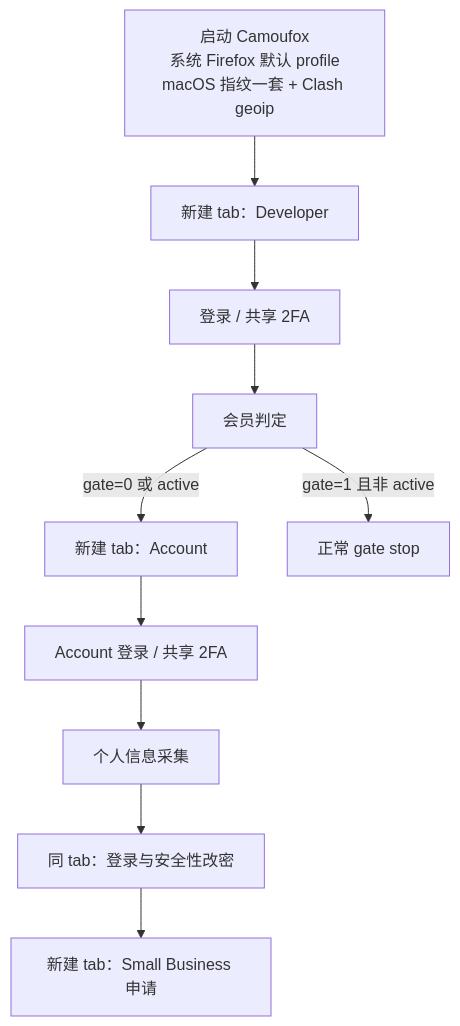
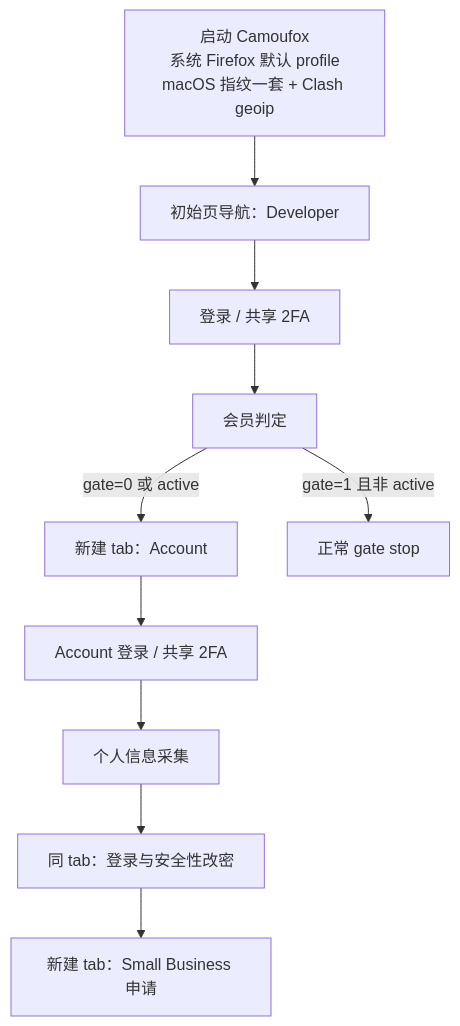
One commit to jiahaoyin/AutoMation changed the diagram in README.md. Above: the diagram before and after it, drawn with Mermaid. The commit also changed other lines of this file and 4 other files, not shown here.

First line of the commit message:
fix: resolve Camoufox multi-tab startup, page load, and connection issues

```diff
--- a/README.md
+++ b/README.md
@@ -16,12 +16,12 @@
 ~~~mermaid
 flowchart TD
-    A[启动 Camoufox<br/>系统 Firefox 默认 profile<br/>macOS 指纹一套 + Clash geoip] --> B[新建 tab：Developer]
+    A[启动 Camoufox<br/>系统 Firefox 默认 profile<br/>macOS 指纹一套 + Clash geoip] --> B[初始页导航：Developer]
     B --> C[登录 / 共享 2FA]
     C --> D[会员判定]
     D -->|gate=0 或 active| E[新建 tab：Account]
     D -->|gate=1 且非 active| X[正常 gate stop]
     E --> F[Account 登录 / 共享 2FA]
     F --> G[个人信息采集]
     G --> H[同 tab：登录与安全性改密]
     H --> I[新建 tab：Small Business 申请]
 ~~~
```
